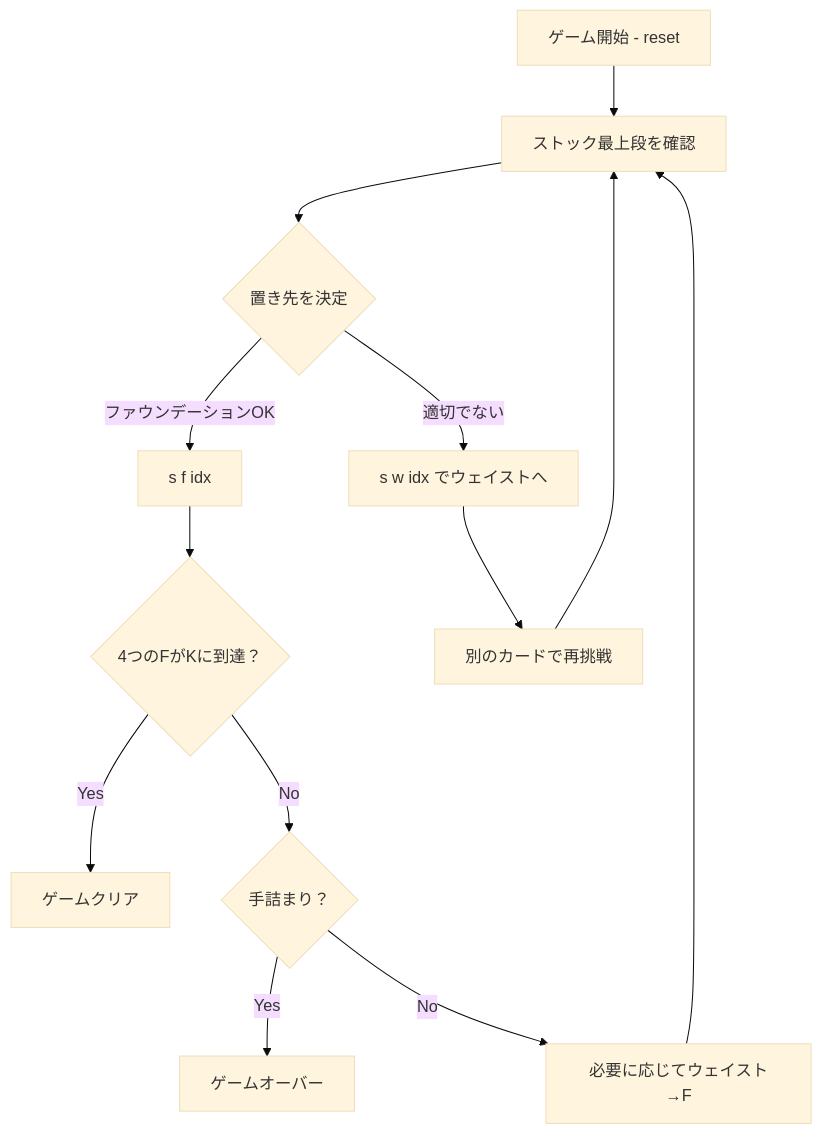
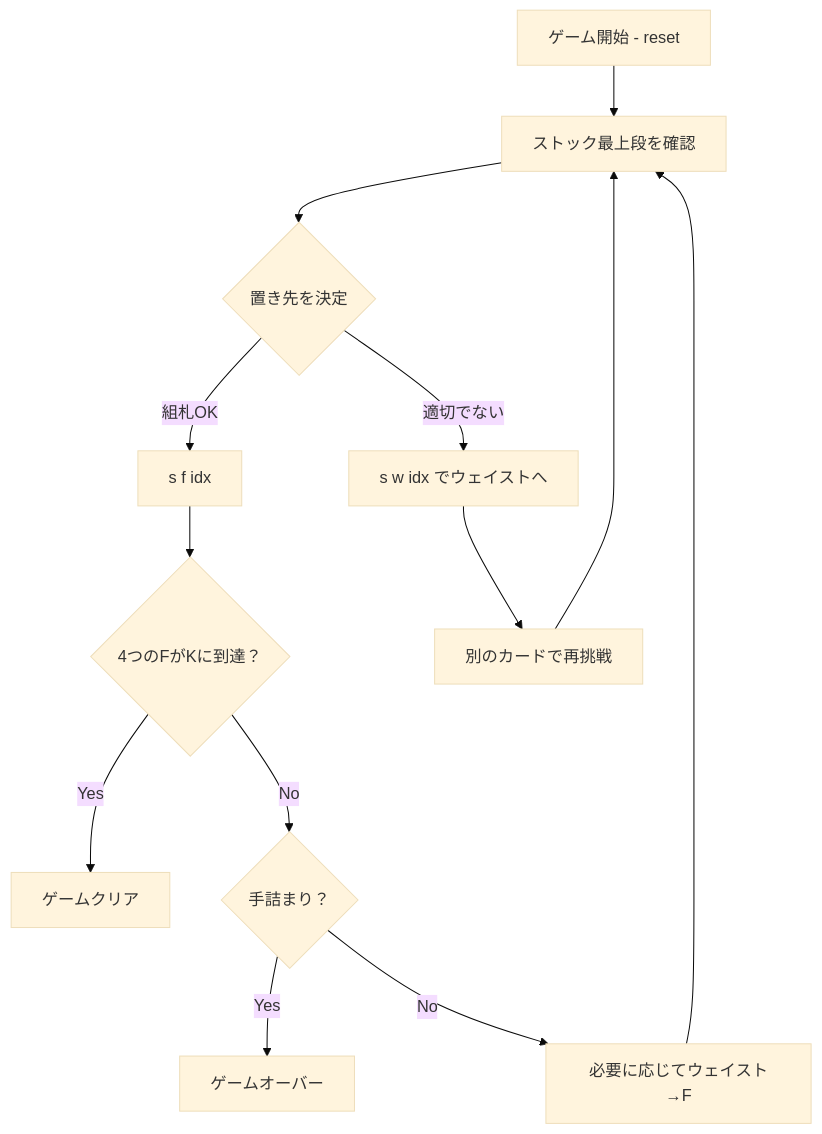
Before and after one commit to yuta-yoshinaga/go_trumpcards: the diagram in docs/manual/cui/calculation.md, drawn with Mermaid (base theme). The commit also changed other lines of this file and 33 other files, not shown here.

````diff
--- a/docs/manual/cui/calculation.md
+++ b/docs/manual/cui/calculation.md
@@ -29,15 +29,15 @@
 ```mermaid
 flowchart TD
     A[ゲーム開始 - reset] --> B[ストック最上段を確認]
     B --> C{置き先を決定}
-    C -->|ファウンデーションOK| D[s f idx]
+    C -->|組札OK| D[s f idx]
     C -->|適切でない| E[s w idx でウェイストへ]
     D --> F{4つのFがKに到達？}
     E --> G[別のカードで再挑戦]
     G --> B
     F -->|Yes| H[ゲームクリア]
     F -->|No| I{手詰まり？}
     I -->|Yes| J[ゲームオーバー]
     I -->|No| K[必要に応じてウェイスト→F]
     K --> B
 ```
````
